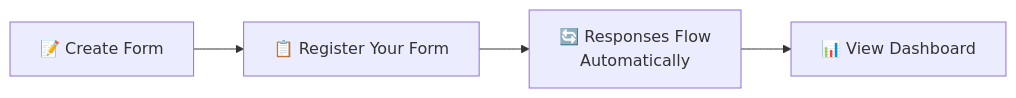
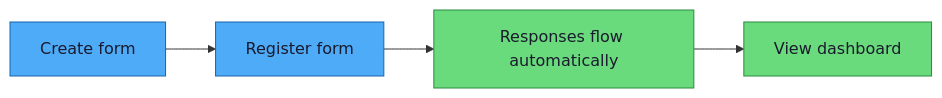
Before and after one commit to michaelhuot-msft/forms-to-fabric: the first of 2 diagrams in docs/clinician-guide.md, drawn with Mermaid. The commit also changed other lines of this file and 8 other files, not shown here.

````diff
--- a/docs/clinician-guide.md
+++ b/docs/clinician-guide.md
@@ -103,4 +103,12 @@
 ```mermaid
 graph LR
-    A["📝 Create Form"] --> B["📋 Register Your Form"] --> C["🔄 Responses Flow<br/>Automatically"] --> D["📊 View Dashboard"]
+    A["Create form"] --> B["Register form"] --> C["Responses flow automatically"] --> D["View dashboard"]
+
+    classDef primary fill:#4dabf7,stroke:#1864ab,color:#1a1a2e
+    classDef success fill:#69db7c,stroke:#2b8a3e,color:#1a1a2e
+
+    A:::primary
+    B:::primary
+    C:::success
+    D:::success
 ```
````
